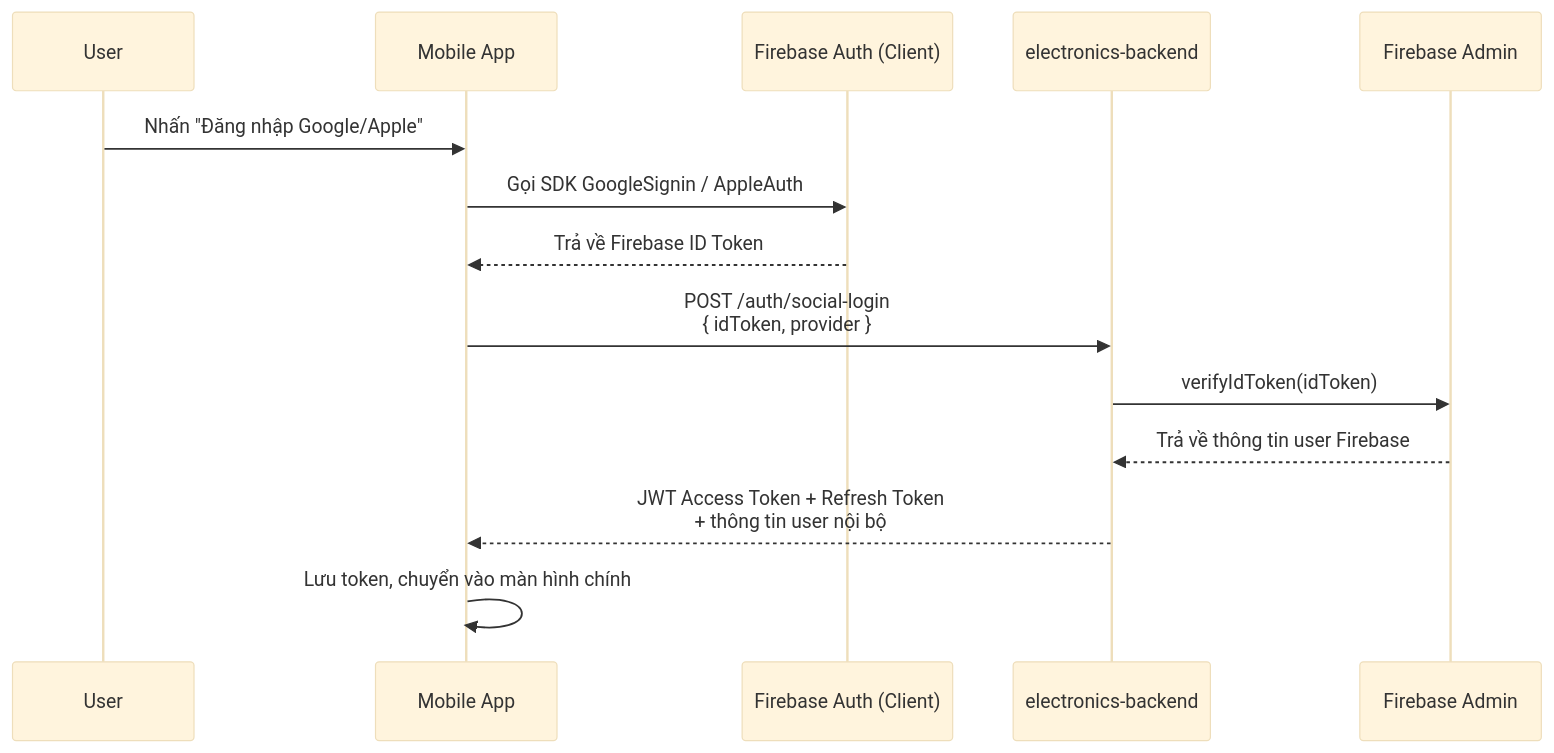
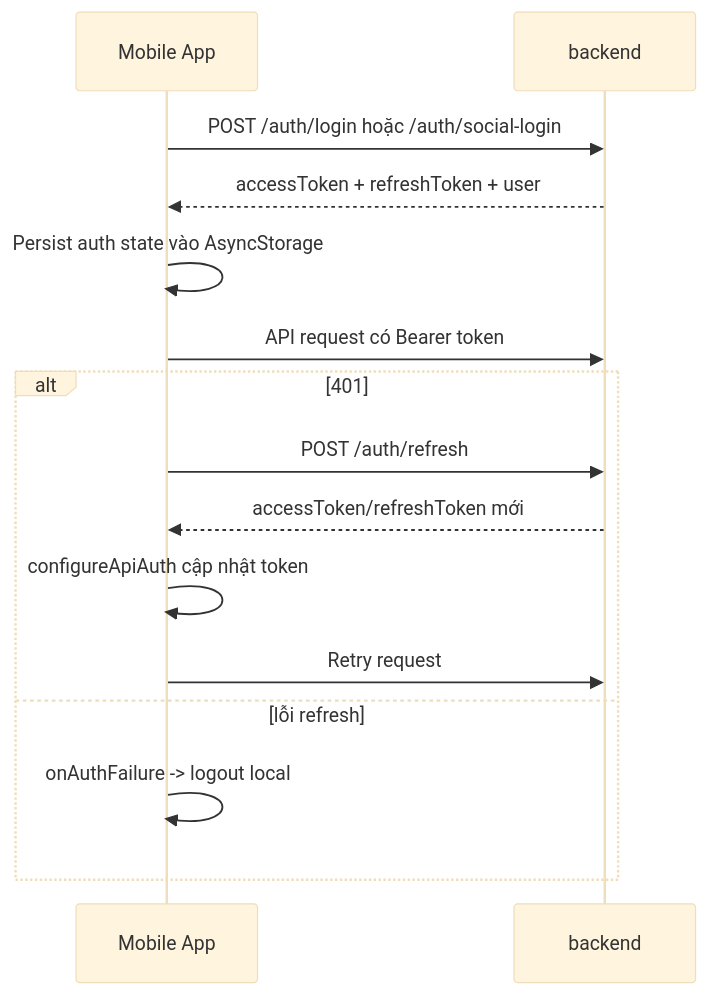
One commit to levanduy093-work/ElectronicsShop changed the third of 4 diagrams in README.md. Above: the diagram before and after it, drawn with Mermaid (base theme). The commit also changed other lines of this file and 9 other files, not shown here.

````diff
--- a/README.md
+++ b/README.md
@@ -117,17 +111,19 @@
 ```mermaid
 sequenceDiagram
-    participant U as User
-    participant M as Mobile App
-    participant F as Firebase Auth (Client)
-    participant API as electronics-backend
-    participant FA as Firebase Admin
+  participant APP as Mobile App
+  participant API as backend
 
-    U->>M: Nhấn "Đăng nhập Google/Apple"
-    M->>F: Gọi SDK GoogleSignin / AppleAuth
-    F-->>M: Trả về Firebase ID Token
-    M->>API: POST /auth/social-login<br/>{ idToken, provider }
-    API->>FA: verifyIdToken(idToken)
-    FA-->>API: Trả về thông tin user Firebase
-    API-->>M: JWT Access Token + Refresh Token<br/>+ thông tin user nội bộ
-    M->>M: Lưu token, chuyển vào màn hình chính
+  APP->>API: POST /auth/login hoặc /auth/social-login
+  API-->>APP: accessToken + refreshToken + user
+  APP->>APP: Persist auth state vào AsyncStorage
+
+  APP->>API: API request có Bearer token
+  alt 401
+    APP->>API: POST /auth/refresh
+    API-->>APP: accessToken/refreshToken mới
+    APP->>APP: configureApiAuth cập nhật token
+    APP->>API: Retry request
+  else lỗi refresh
+    APP->>APP: onAuthFailure -> logout local
+  end
 ```
````
